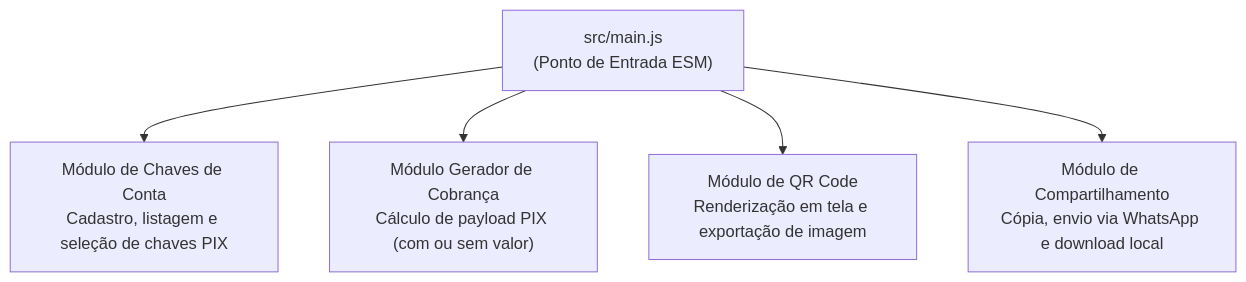
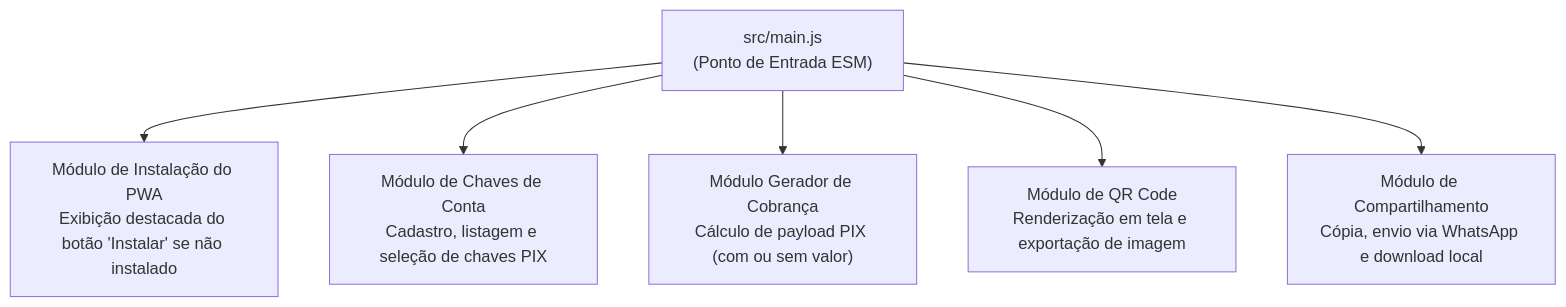
One commit to luizcanet/mandaumpix.app changed the diagram in docs/design/modules.md. Above: the diagram before and after it, drawn with Mermaid. The commit also changed other lines of this file and 10 other files, not shown here.

Commit message:
docs: update documentation for PWA install button feature and business rules

````diff
--- a/docs/design/modules.md
+++ b/docs/design/modules.md
@@ -63,7 +63,8 @@
 ```mermaid
 flowchart TD
-    Entry["src/main.js<br/>(Ponto de Entrada ESM)"] --> KeyMod["Módulo de Chaves de Conta<br/>Cadastro, listagem e seleção de chaves PIX"]
+    Entry["src/main.js<br/>(Ponto de Entrada ESM)"] --> InstallMod["Módulo de Instalação do PWA<br/>Exibição destacada do botão 'Instalar' se não instalado"]
+    Entry --> KeyMod["Módulo de Chaves de Conta<br/>Cadastro, listagem e seleção de chaves PIX"]
     Entry --> ChargeMod["Módulo Gerador de Cobrança<br/>Cálculo de payload PIX (com ou sem valor)"]
     Entry --> QRMod["Módulo de QR Code<br/>Renderização em tela e exportação de imagem"]
     Entry --> ShareMod["Módulo de Compartilhamento<br/>Cópia, envio via WhatsApp e download local"]
 ```
````
